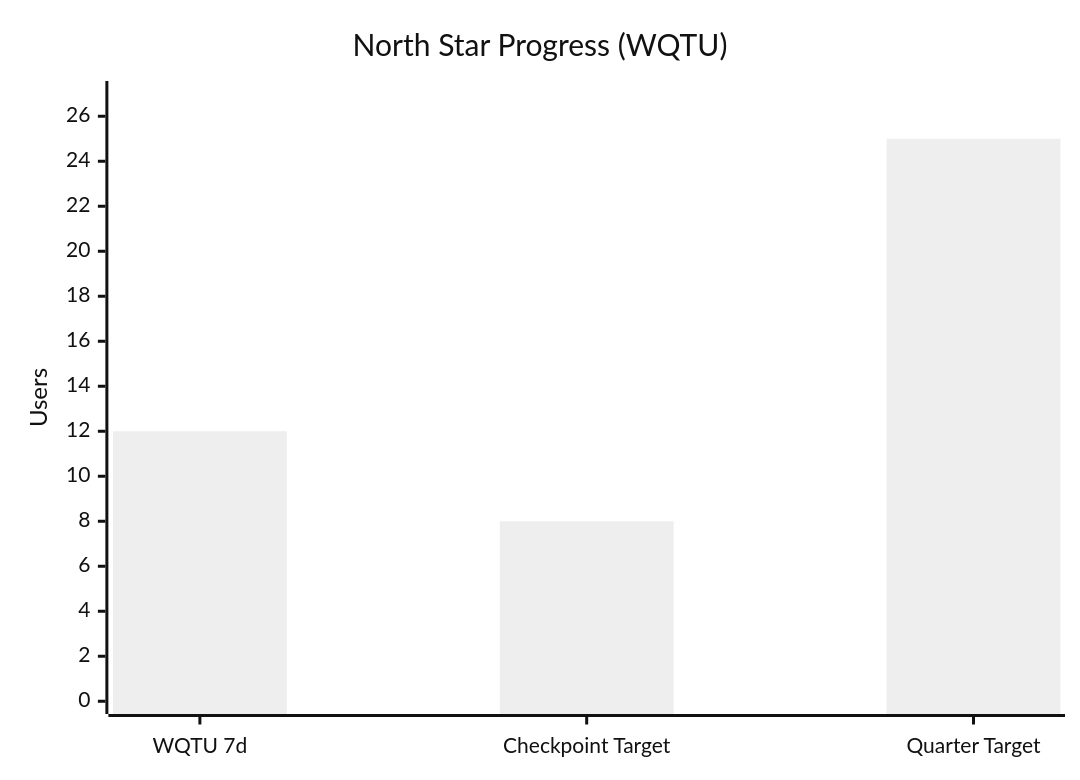
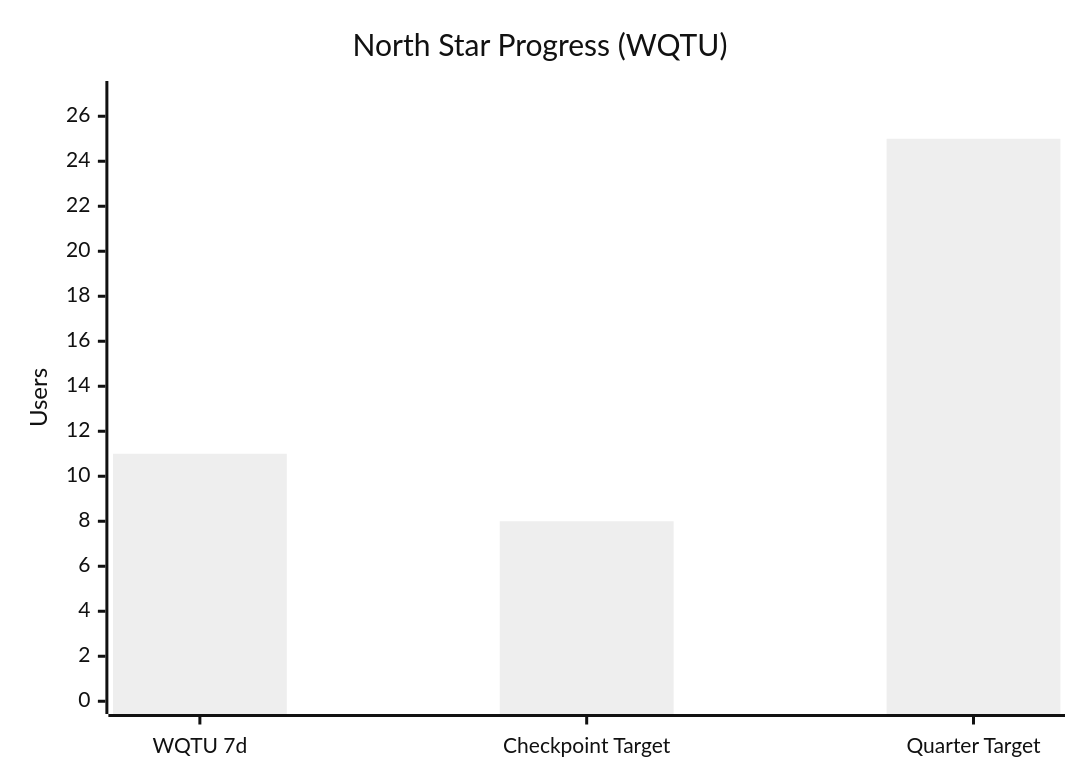
Before and after one commit to IgorGanapolsky/Random-Timer: the second of 4 diagrams in wiki/Paid-Acquisition.md, drawn with Mermaid (neutral theme). The commit also changed other lines of this file and 10 other files, not shown here.

````diff
--- a/wiki/Paid-Acquisition.md
+++ b/wiki/Paid-Acquisition.md
@@ -50,7 +50,7 @@
 ```mermaid
 xychart-beta
     title "North Star Progress (WQTU)"
     x-axis ["WQTU 7d" , "Checkpoint Target" , "Quarter Target"]
     y-axis "Users" 0 --> 27
-    bar [12 , 8 , 25]
+    bar [11 , 8 , 25]
 ```
````
